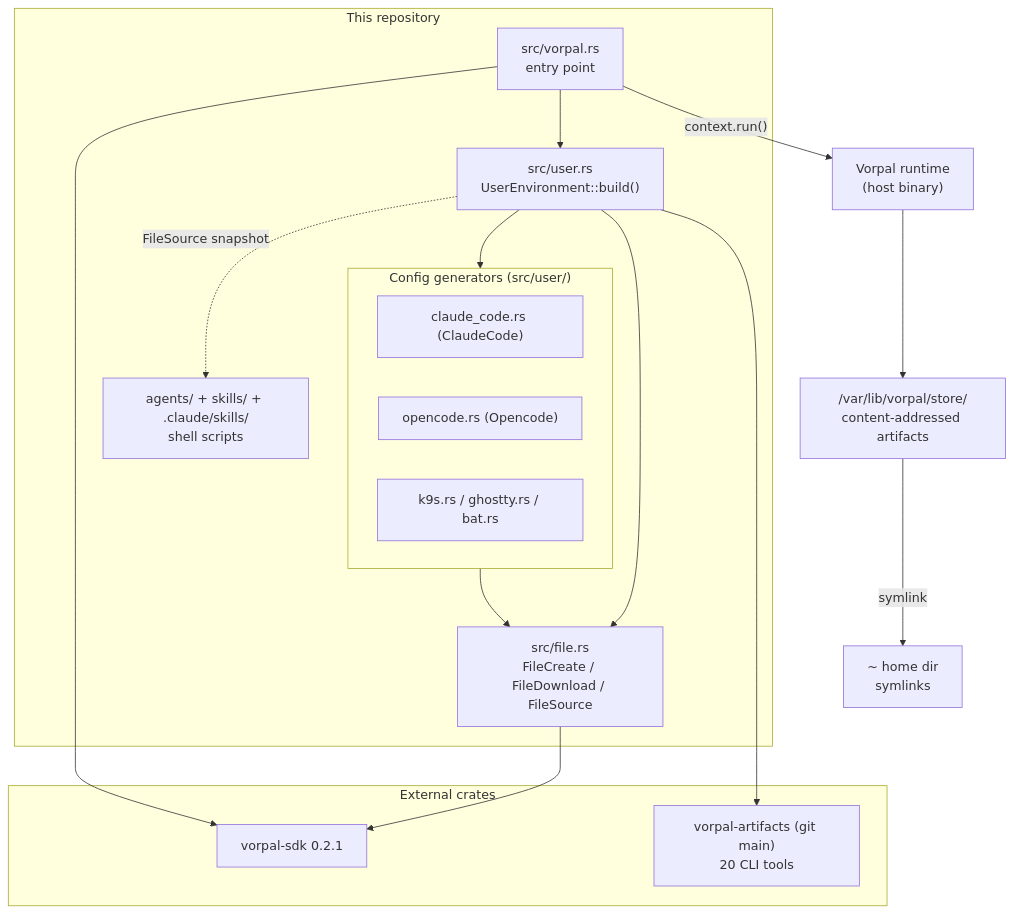
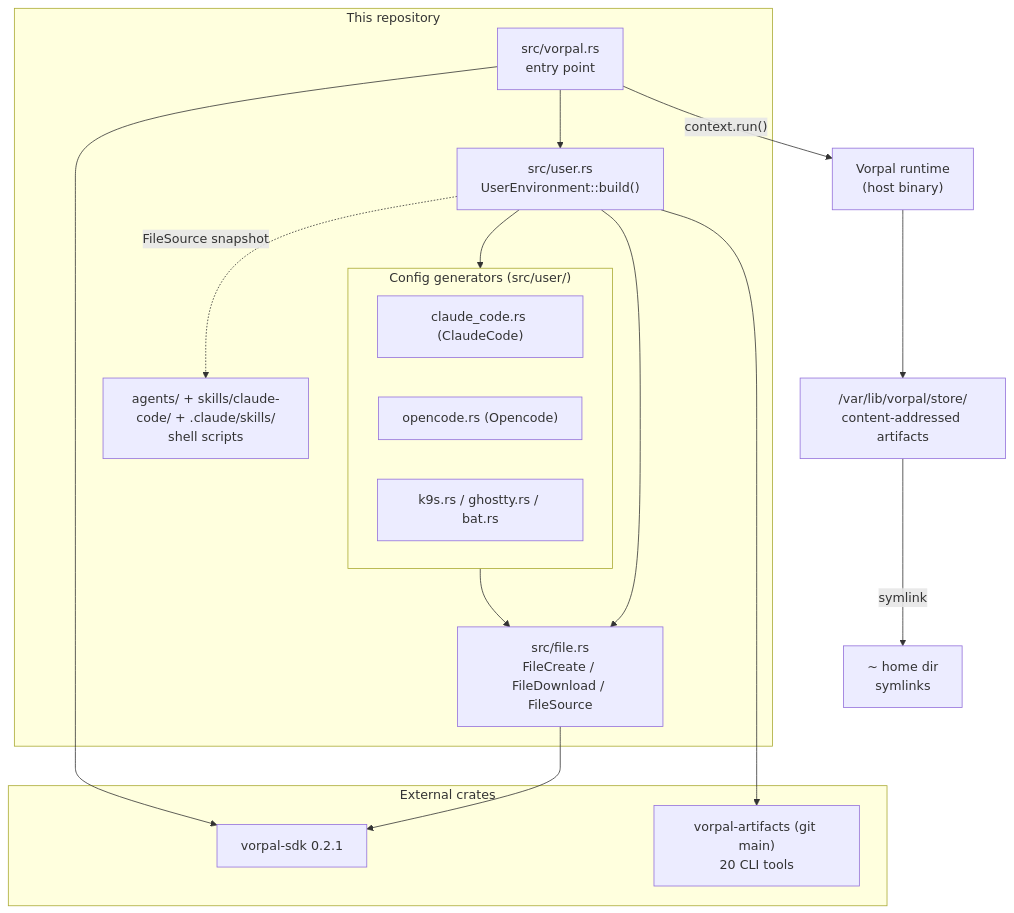
One commit to ALT-F4-LLC/dotfiles.vorpal changed the first of 2 diagrams in docs/spec/architecture.md. Above: the diagram before and after it, drawn with Mermaid. The commit also changed other lines of this file and 25 other files, not shown here.

Commit message:
refactor: move claude code skills under namespace

````diff
--- a/docs/spec/architecture.md
+++ b/docs/spec/architecture.md
@@ -80,35 +80,35 @@
 ```mermaid
 graph TD
     subgraph repo["This repository"]
         VR["src/vorpal.rs<br/>entry point"]
         UE["src/user.rs<br/>UserEnvironment::build()"]
         FP["src/file.rs<br/>FileCreate / FileDownload / FileSource"]
         subgraph gen["Config generators (src/user/)"]
             CC["claude_code.rs (ClaudeCode)"]
             OC["opencode.rs (Opencode)"]
             K9["k9s.rs / ghostty.rs / bat.rs"]
         end
-        PAYLOAD["agents/ + skills/ + .claude/skills/<br/>shell scripts"]
+        PAYLOAD["agents/ + skills/claude-code/ + .claude/skills/<br/>shell scripts"]
     end
 
     subgraph ext["External crates"]
         SDK["vorpal-sdk 0.2.1"]
         ARTS["vorpal-artifacts (git main)<br/>20 CLI tools"]
     end
 
     RT["Vorpal runtime<br/>(host binary)"]
     STORE["/var/lib/vorpal/store/<br/>content-addressed artifacts"]
     HOME["~ home dir<br/>symlinks"]
 
     VR --> UE
     UE --> FP
     UE --> gen
     gen --> FP
     UE --> ARTS
     UE -. "FileSource snapshot" .-> PAYLOAD
     FP --> SDK
     VR --> SDK
     VR -->|"context.run()"| RT
     RT --> STORE
     STORE -->|symlink| HOME
 ```
````
